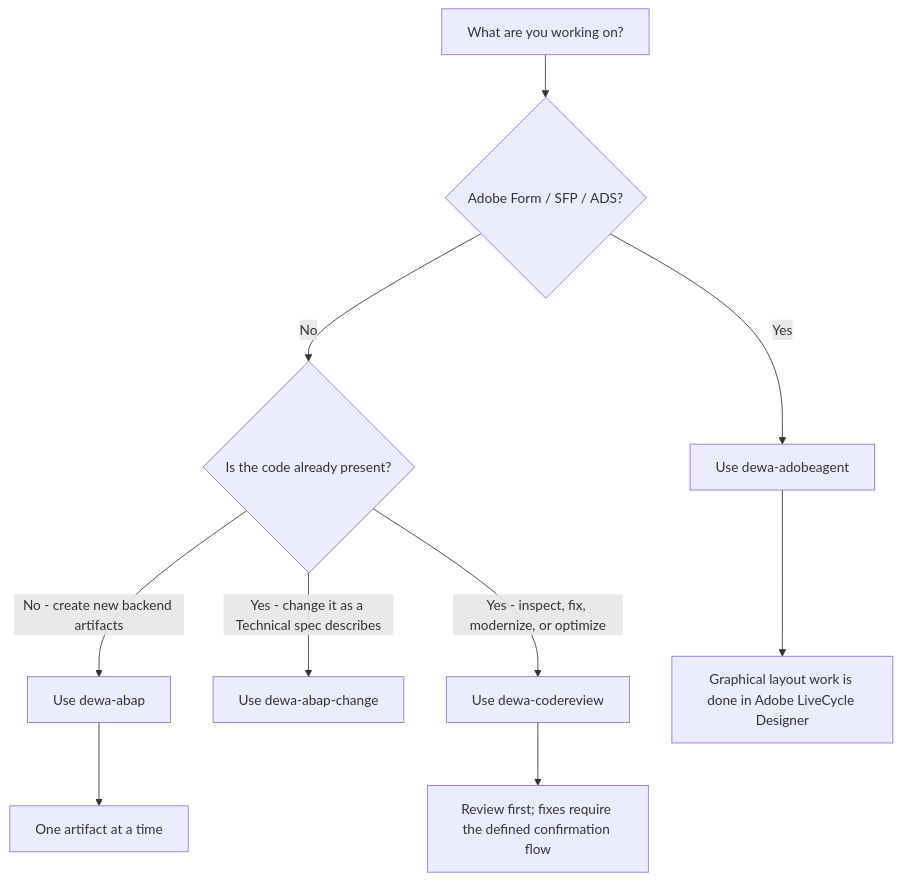
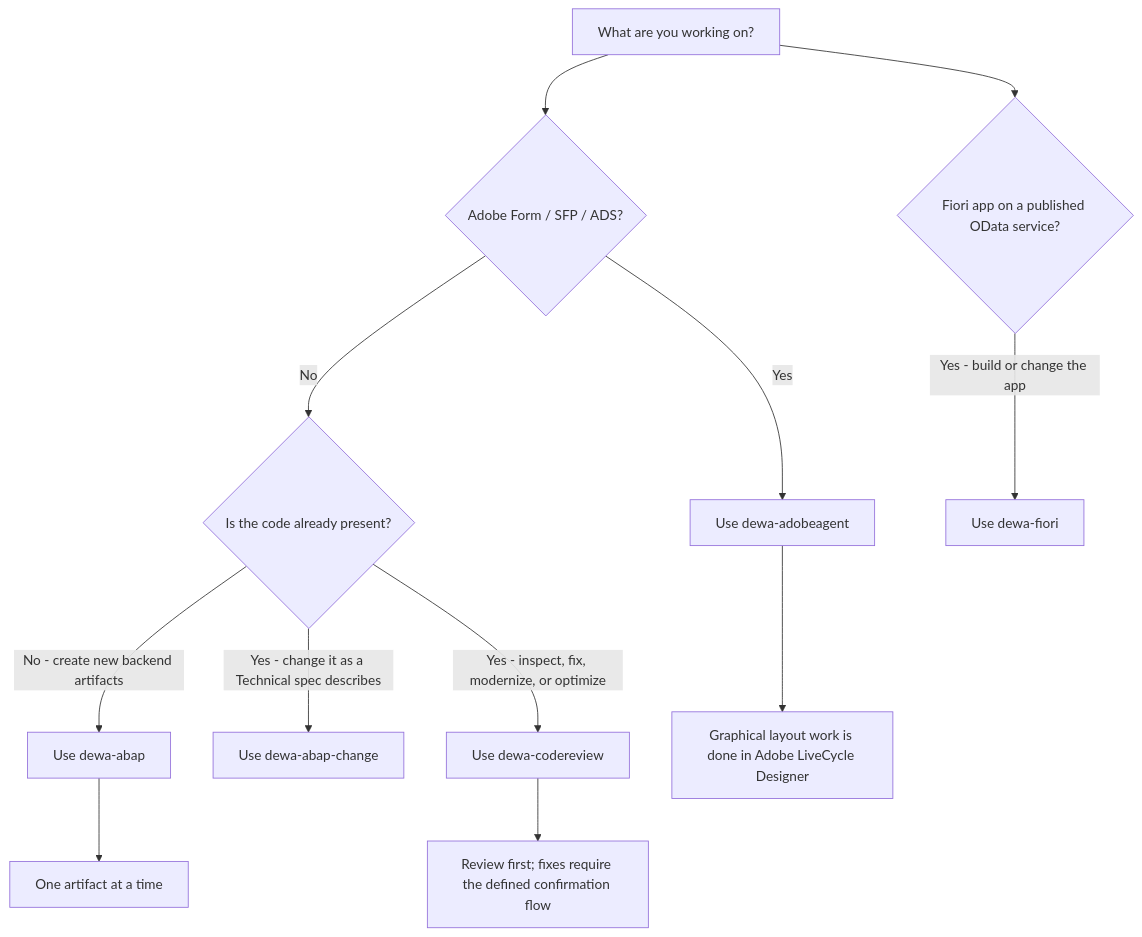
One commit to abdulsameemd/Development-Specification-Builder changed the first of 3 diagrams in docs/AGENT_WORKFLOWS.md. Above: the diagram before and after it, drawn with Mermaid. The commit also changed other lines of this file and 43 other files, not shown here.

````diff
--- a/docs/AGENT_WORKFLOWS.md
+++ b/docs/AGENT_WORKFLOWS.md
@@ -18,12 +19,14 @@
 ```mermaid
 flowchart TD
     A[What are you working on?] --> B{Adobe Form / SFP / ADS?}
     B -->|Yes| C[Use dewa-adobeagent]
     B -->|No| D{Is the code already present?}
     D -->|No - create new backend artifacts| E[Use dewa-abap]
     D -->|Yes - change it as a Technical spec describes| X[Use dewa-abap-change]
+    A --> FI{Fiori app on a published OData service?}
+    FI -->|Yes - build or change the app| Y[Use dewa-fiori]
     D -->|Yes - inspect, fix, modernize, or optimize| F[Use dewa-codereview]
     C --> G[Graphical layout work is done in Adobe LiveCycle Designer]
     E --> H[One artifact at a time]
     F --> I[Review first; fixes require the defined confirmation flow]
 ```
````
